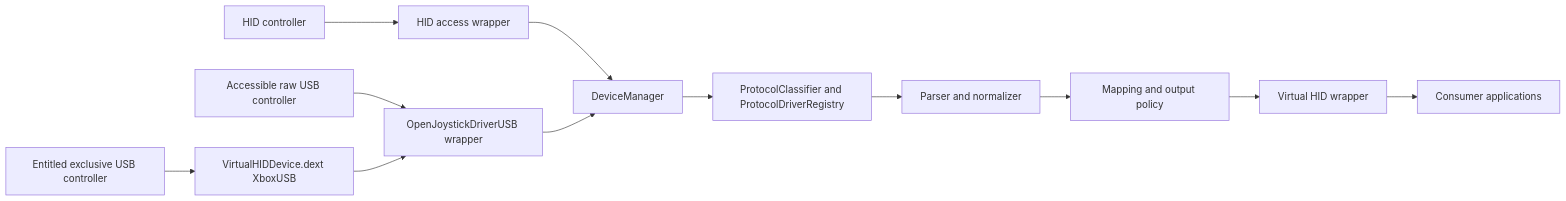
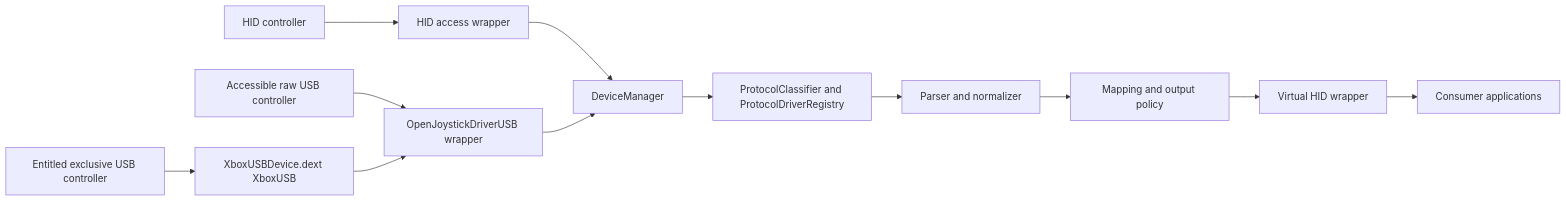
Before and after one commit to xsyetopz/OpenJoystickDriver: the first of 5 diagrams in docs/development/architecture.md, drawn with Mermaid. The commit also changed other lines of this file and 62 other files, not shown here.

First line of the commit message:
feat(driverkit): ship only the XboxUSBDevice extension

````diff
--- a/docs/development/architecture.md
+++ b/docs/development/architecture.md
@@ -5,14 +5,14 @@
 ```mermaid
 flowchart LR
   A[HID controller] --> B[HID access wrapper]
   C[Accessible raw USB controller] --> E[OpenJoystickDriverUSB wrapper]
-  D[Entitled exclusive USB controller] --> K[VirtualHIDDevice.dext XboxUSB]
+  D[Entitled exclusive USB controller] --> K[XboxUSBDevice.dext XboxUSB]
   K --> E
   B --> F[DeviceManager]
   E --> F
   F --> C1[ProtocolClassifier and ProtocolDriverRegistry]
   C1 --> G[Parser and normalizer]
   G --> H[Mapping and output policy]
   H --> I[Virtual HID wrapper]
   I --> J[Consumer applications]
 ```
````
